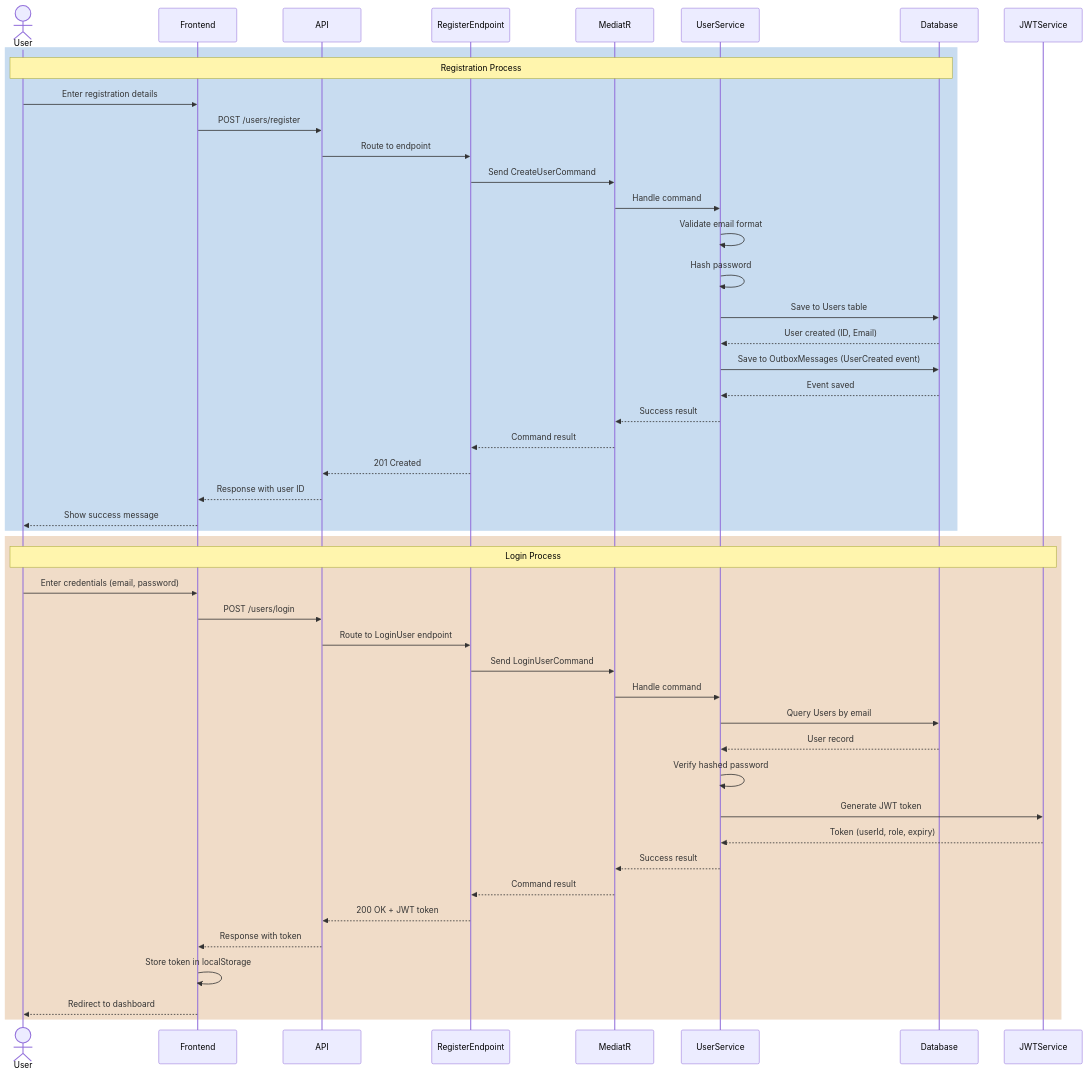
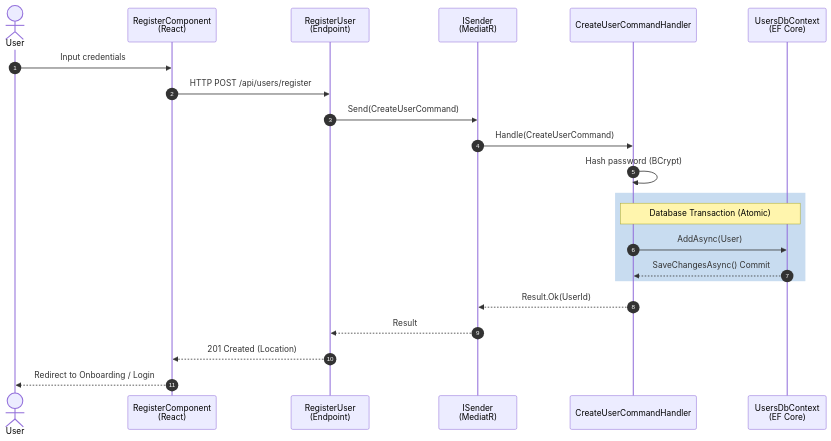
Before and after one commit to DA7-WTDS/Graduation-project: the first of 5 diagrams in SEQUENCE_DIAGRAM.md, drawn with Mermaid. The commit also changed other lines of this file and 3 other files, not shown here.

Commit message:
refactor: standardize documentation diagrams and add system architecture visualizer tool

````diff
--- a/SEQUENCE_DIAGRAM.md
+++ b/SEQUENCE_DIAGRAM.md
@@ -7,53 +11,27 @@
 ```mermaid
 sequenceDiagram
+    autonumber
     actor User
-    participant Frontend
-    participant API
-    participant RegisterEndpoint
-    participant MediatR
-    participant UserService
-    participant Database
-    participant JWTService
+    participant Register as RegisterComponent<br/>(React)
+    participant Endpoint as RegisterUser<br/>(Endpoint)
+    participant MediatR as ISender<br/>(MediatR)
+    participant Handler as CreateUserCommandHandler
+    participant DB as UsersDbContext<br/>(EF Core)
+
+    User->>Register: Input credentials
+    Register->>Endpoint: HTTP POST /api/users/register
+    Endpoint->>MediatR: Send(CreateUserCommand)
+    MediatR->>Handler: Handle(CreateUserCommand)
+    Handler->>Handler: Hash password (BCrypt)
     
-    %% Registration Flow
     rect rgb(200, 220, 240)
-        note over User,Database: Registration Process
-        User->>Frontend: Enter registration details
-        Frontend->>API: POST /users/register
-        API->>RegisterEndpoint: Route to endpoint
-        RegisterEndpoint->>MediatR: Send CreateUserCommand
-        MediatR->>UserService: Handle command
-        UserService->>UserService: Validate email format
-        UserService->>UserService: Hash password
-        UserService->>Database: Save to Users table
-        Database-->>UserService: User created (ID, Email)
-        UserService->>Database: Save to OutboxMessages (UserCreated event)
-        Database-->>UserService: Event saved
-        UserService-->>MediatR: Success result
-        MediatR-->>RegisterEndpoint: Command result
-        RegisterEndpoint-->>API: 201 Created
-        API-->>Frontend: Response with user ID
-        Frontend-->>User: Show success message
+        note over Handler,DB: Database Transaction (Atomic)
+        Handler->>DB: AddAsync(User)
+        DB-->>Handler: SaveChangesAsync() Commit
     end
     
-    %% Login Flow
-    rect rgb(240, 220, 200)
-        note over User,JWTService: Login Process
-        User->>Frontend: Enter credentials (email, password)
-        Frontend->>API: POST /users/login
-        API->>RegisterEndpoint: Route to LoginUser endpoint
-        RegisterEndpoint->>MediatR: Send LoginUserCommand
-        MediatR->>UserService: Handle command
-        UserService->>Database: Query Users by email
-        Database-->>UserService: User record
-        UserService->>UserService: Verify hashed password
-        UserService->>JWTService: Generate JWT token
-        JWTService-->>UserService: Token (userId, role, expiry)
-        UserService-->>MediatR: Success result
-        MediatR-->>RegisterEndpoint: Command result
-        RegisterEndpoint-->>API: 200 OK + JWT token
-        API-->>Frontend: Response with token
-        Frontend->>Frontend: Store token in localStorage
-        Frontend-->>User: Redirect to dashboard
-    end
+    Handler-->>MediatR: Result.Ok(UserId)
+    MediatR-->>Endpoint: Result
+    Endpoint-->>Register: 201 Created (Location)
+    Register-->>User: Redirect to Onboarding / Login
 ```
````
